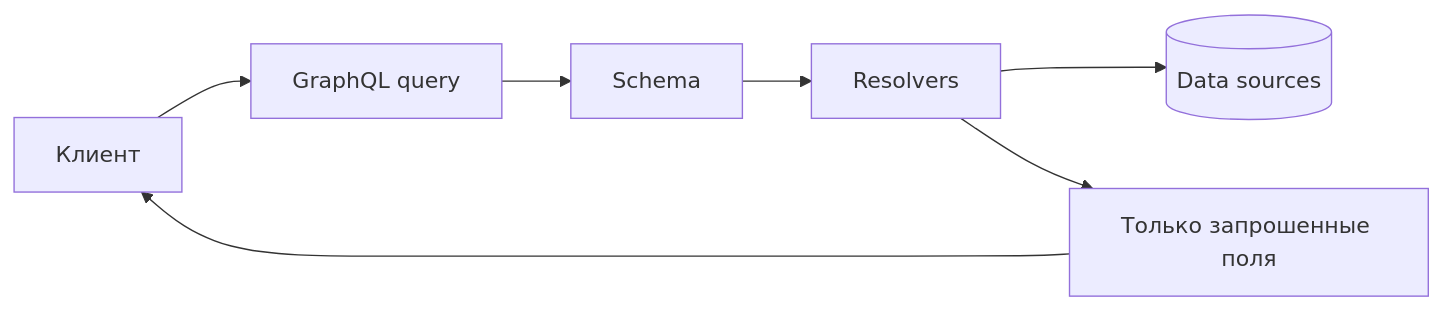
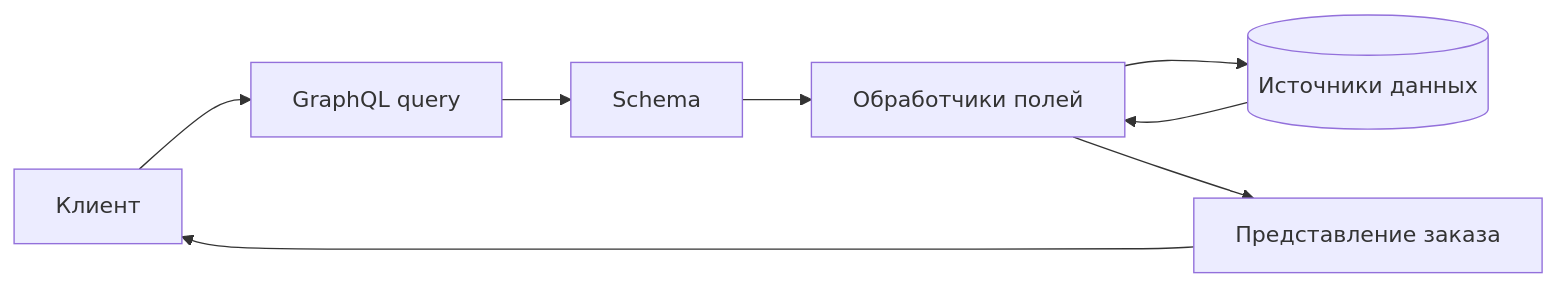
Before and after one commit to Kert0n/KPO: the eighth of 10 diagrams in content/lectures/Lec10/vitepress.md, drawn with Mermaid. The commit also changed other lines of this file, not shown here.

````diff
--- a/content/lectures/Lec10/vitepress.md
+++ b/content/lectures/Lec10/vitepress.md
@@ -1095,9 +841,10 @@
 ```mermaid
 flowchart LR
     Client["Клиент"] --> Query["GraphQL query"]
     Query --> Schema["Schema"]
-    Schema --> Resolvers["Resolvers"]
-    Resolvers --> DB[(Data sources)]
-    Resolvers --> Response["Только запрошенные поля"]
+    Schema --> Resolvers["Обработчики полей"]
+    Resolvers --> DB[(Источники данных)]
+    DB --> Resolvers
+    Resolvers --> Response["Представление заказа"]
     Response --> Client
 ```
````
